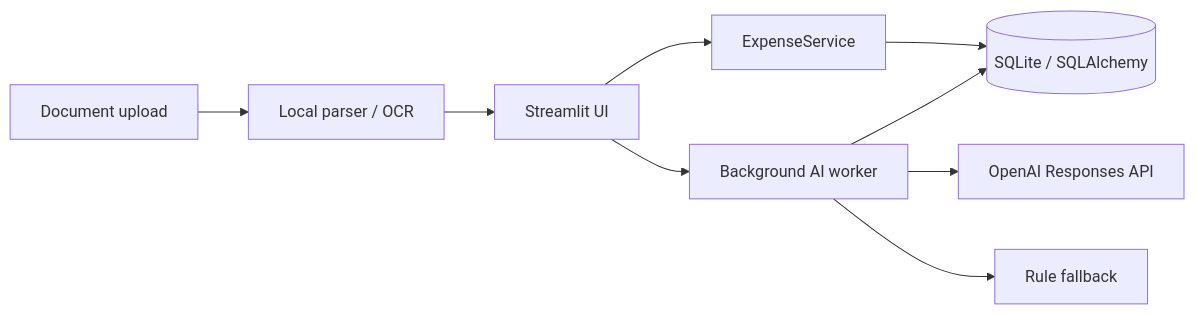
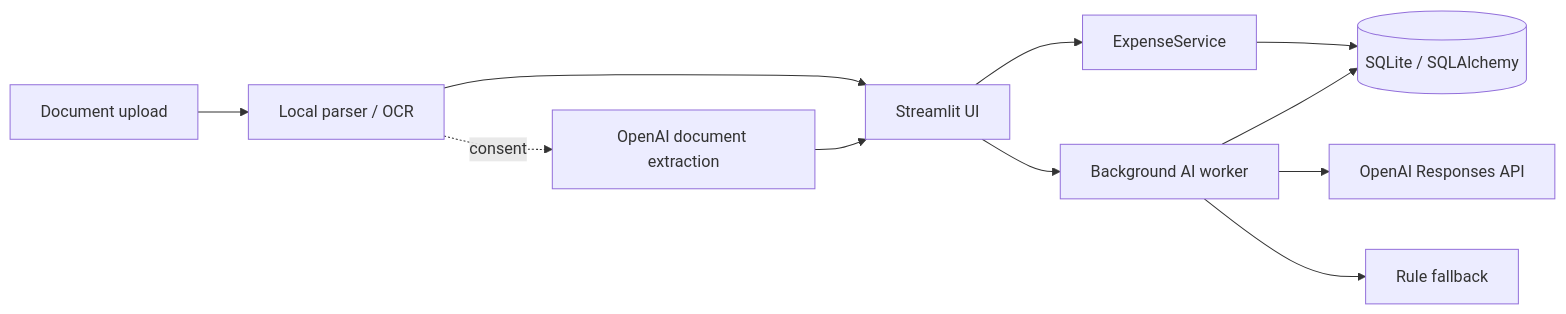
One commit to ElinaKlymovska/SAG7-Ventures changed the diagram in README.md. Above: the diagram before and after it, drawn with Mermaid. The commit also changed other lines of this file and 9 other files, not shown here.

Commit message:
Add dynamic AI document extraction

````diff
--- a/README.md
+++ b/README.md
@@ -114,11 +122,13 @@
 ```mermaid
 flowchart LR
     D[Document upload] --> X[Local parser / OCR]
     X --> UI[Streamlit UI]
+    X -. consent .-> DX[OpenAI document extraction]
+    DX --> UI
     UI --> S[ExpenseService]
     S --> DB[(SQLite / SQLAlchemy)]
     UI --> W[Background AI worker]
     W --> OA[OpenAI Responses API]
     W --> FB[Rule fallback]
     W --> DB
 ```
````
